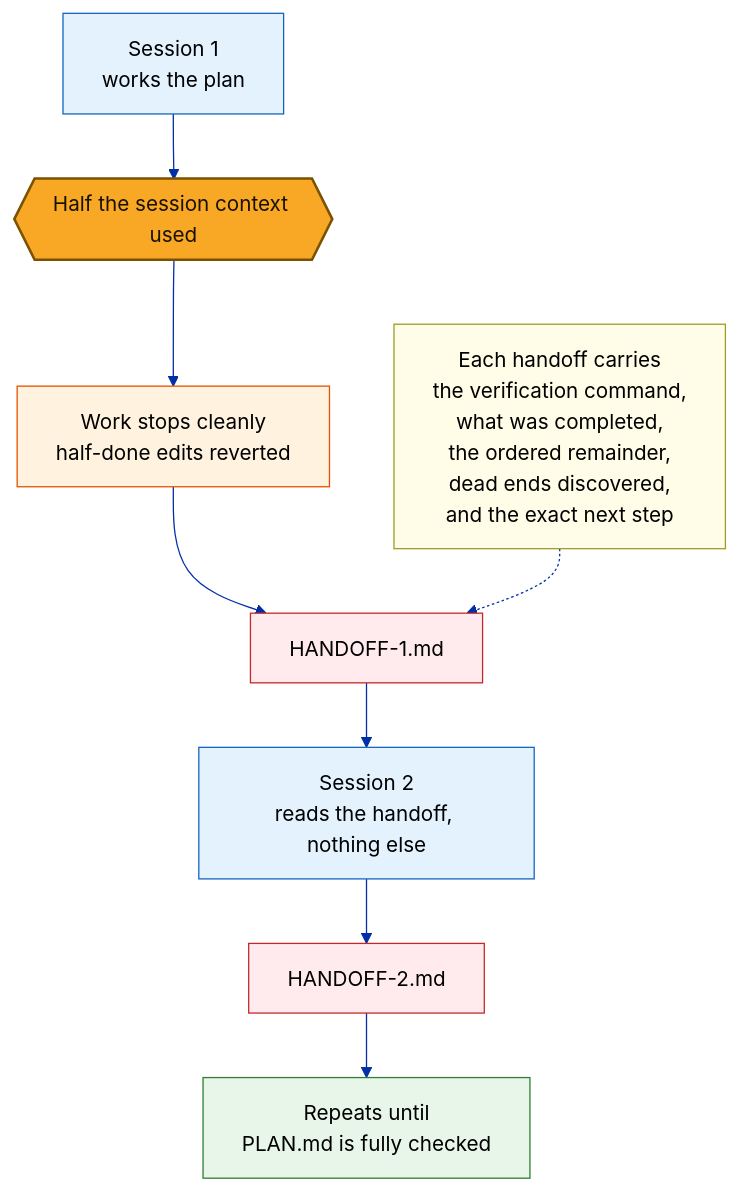
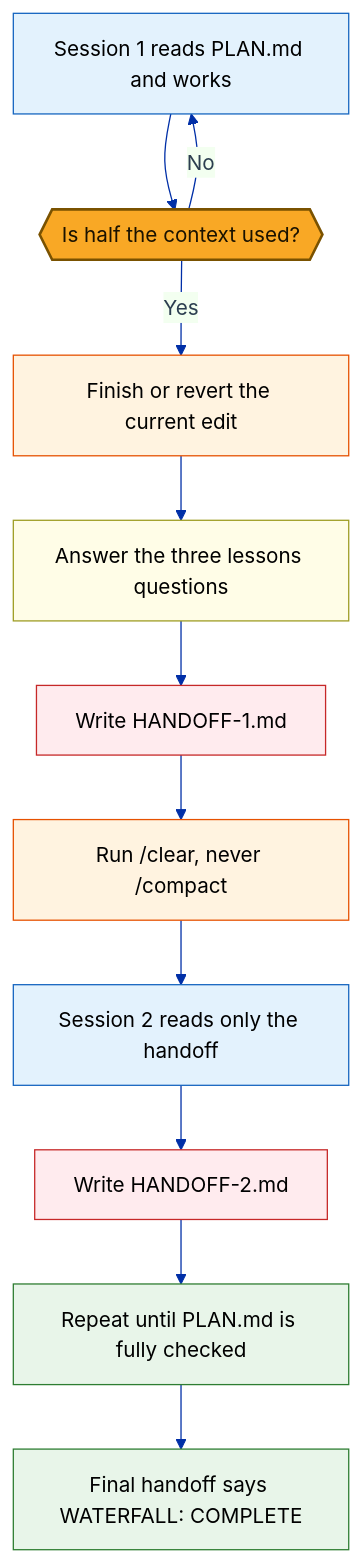
The diagram in diagrams/op-waterfall.mmd (mmentzerhernandez/global_experience), drawn with Mermaid before and after one commit. The commit also changed 30 other files, not shown here.

```diff
--- a/diagrams/op-waterfall.mmd
+++ b/diagrams/op-waterfall.mmd
@@ -1,31 +1,33 @@
 ---
 config:
   theme: base
   themeVariables:
     primaryColor: "#f0f3ff"
     primaryBorderColor: "#002fa7"
     primaryTextColor: "#2c3e50"
     lineColor: "#002fa7"
     fontFamily: "-apple-system,BlinkMacSystemFont,Segoe UI,Roboto,sans-serif"
 ---
 flowchart TD
-    S1["Session 1<br/>works the plan"]:::access
-    HALF{{"Half the session context used"}}:::gate
-    STOP["Work stops cleanly<br/>half-done edits reverted"]:::enforce
-    H1["HANDOFF-1.md"]:::report
-    S2["Session 2<br/>reads the handoff, nothing else"]:::access
-    H2["HANDOFF-2.md"]:::report
-    SN["Repeats until<br/>PLAN.md is fully checked"]:::course
+    S1["Session 1 reads PLAN.md and works"]:::access
+    HALF{{"Is half the context used?"}}:::gate
+    STOP["Finish or revert the current edit"]:::enforce
+    LESS["Answer the three lessons questions"]:::note
+    H1["Write HANDOFF-1.md"]:::report
+    CLEAR["Run /clear, never /compact"]:::enforce
+    S2["Session 2 reads only the handoff"]:::access
+    H2["Write HANDOFF-2.md"]:::report
+    SN["Repeat until PLAN.md is fully checked"]:::course
+    DONE["Final handoff says WATERFALL: COMPLETE"]:::course
 
-    CONTENTS["Each handoff carries<br/>the verification command,<br/>what was completed,<br/>the ordered remainder,<br/>dead ends discovered,<br/>and the exact next step"]:::note
-
-    S1 --> HALF --> STOP --> H1 --> S2
-    S2 --> H2 --> SN
-    CONTENTS -.-> H1
+    S1 --> HALF
+    HALF -->|"No"| S1
+    HALF -->|"Yes"| STOP --> LESS --> H1 --> CLEAR --> S2
+    S2 --> H2 --> SN --> DONE
 
     classDef access fill:#E3F2FD,stroke:#1565C0,color:#000000
     classDef course fill:#E8F5E9,stroke:#2E7D32,color:#000000
     classDef enforce fill:#FFF3E0,stroke:#E65100,color:#000000
     classDef report fill:#FFEBEE,stroke:#C62828,color:#000000
     classDef gate fill:#F9A825,stroke:#7A5200,color:#1A1200,stroke-width:2px
     classDef note fill:#FFFDE7,stroke:#9E9D24,color:#000000
```
